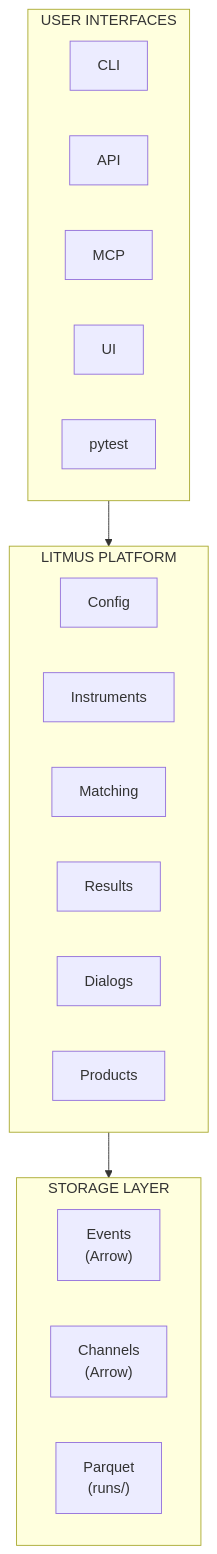
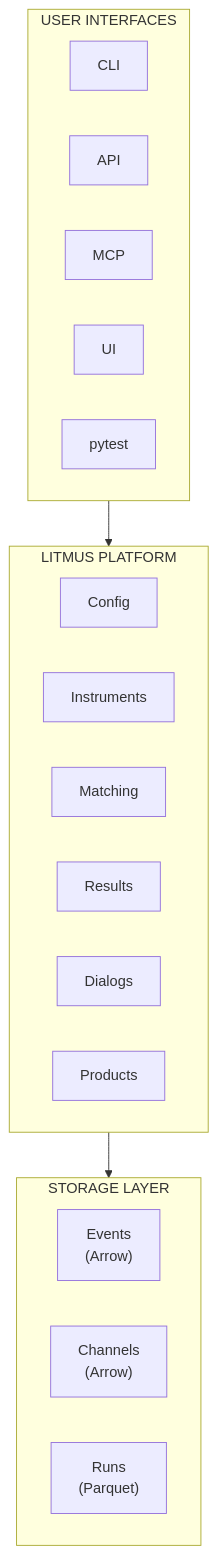
One commit to pragmatest-dev/testerkit changed the second of 2 diagrams in docs/concepts/overview/platform-vs-framework.md. Above: the diagram before and after it, drawn with Mermaid.

Commit message:
docs(concepts): symmetric storage labels in platform diagram
`Parquet (runs/)` flipped the entity/format axis vs its two siblings
`Events (Arrow)` and `Channels (Arrow)`. Rename to `Runs (Parquet)` so
all three nodes read entity-then-format.

````diff
--- a/docs/concepts/overview/platform-vs-framework.md
+++ b/docs/concepts/overview/platform-vs-framework.md
@@ -105,30 +105,30 @@
 ```mermaid
 flowchart TB
     subgraph UI["USER INTERFACES"]
         direction LR
         cli["CLI"]
         api["API"]
         mcp["MCP"]
         nicegui["UI"]
         pytest["pytest"]
     end
 
     subgraph Platform["LITMUS PLATFORM"]
         direction LR
         cfg["Config"]
         instr["Instruments"]
         match["Matching"]
         results["Results"]
         dialogs["Dialogs"]
         products["Products"]
     end
 
     subgraph Storage["STORAGE LAYER"]
         direction LR
         events["Events<br/>(Arrow)"]
         channels["Channels<br/>(Arrow)"]
-        parquet["Parquet<br/>(runs/)"]
+        parquet["Runs<br/>(Parquet)"]
     end
 
     UI --> Platform --> Storage
 ```
````
